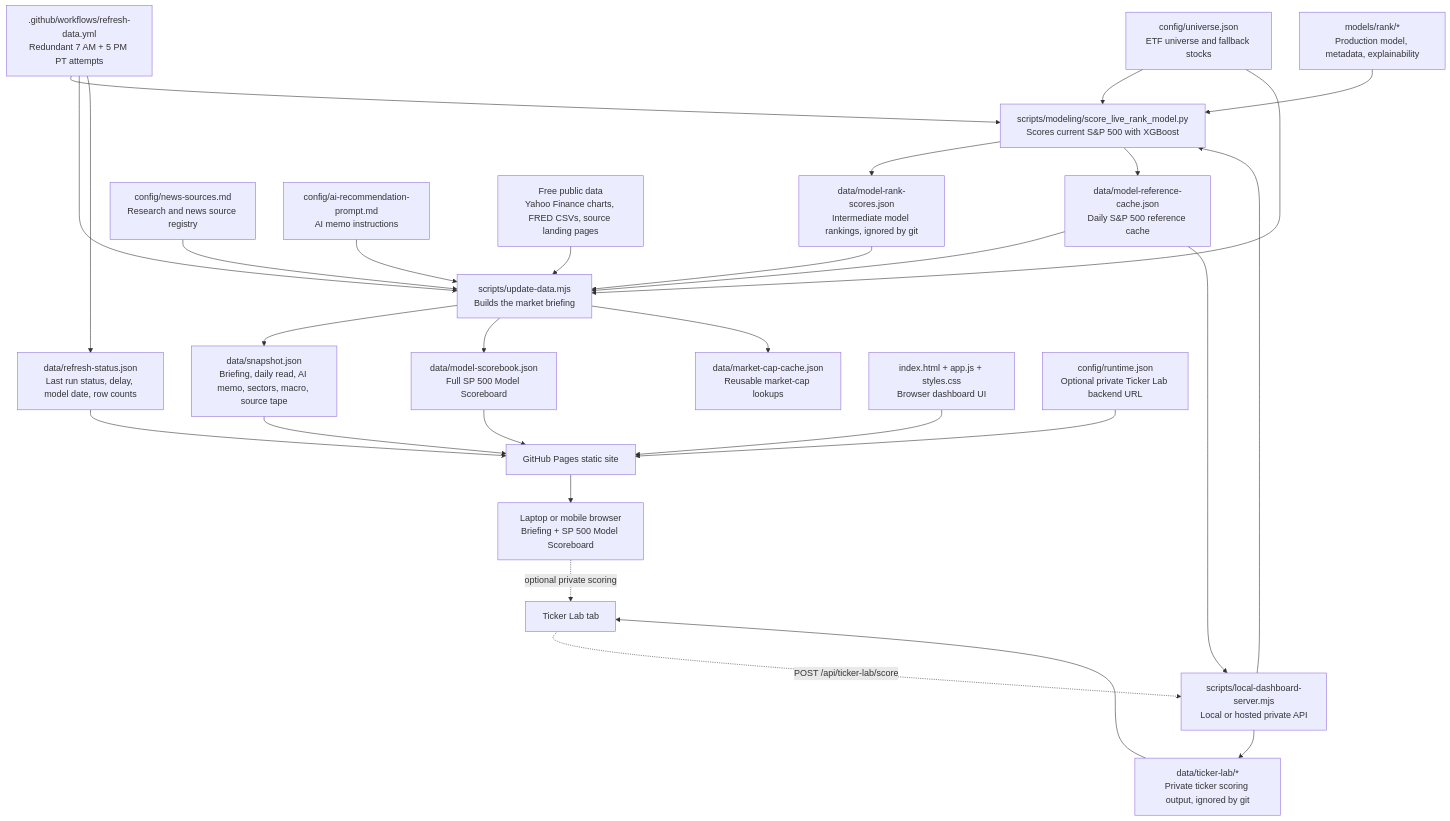
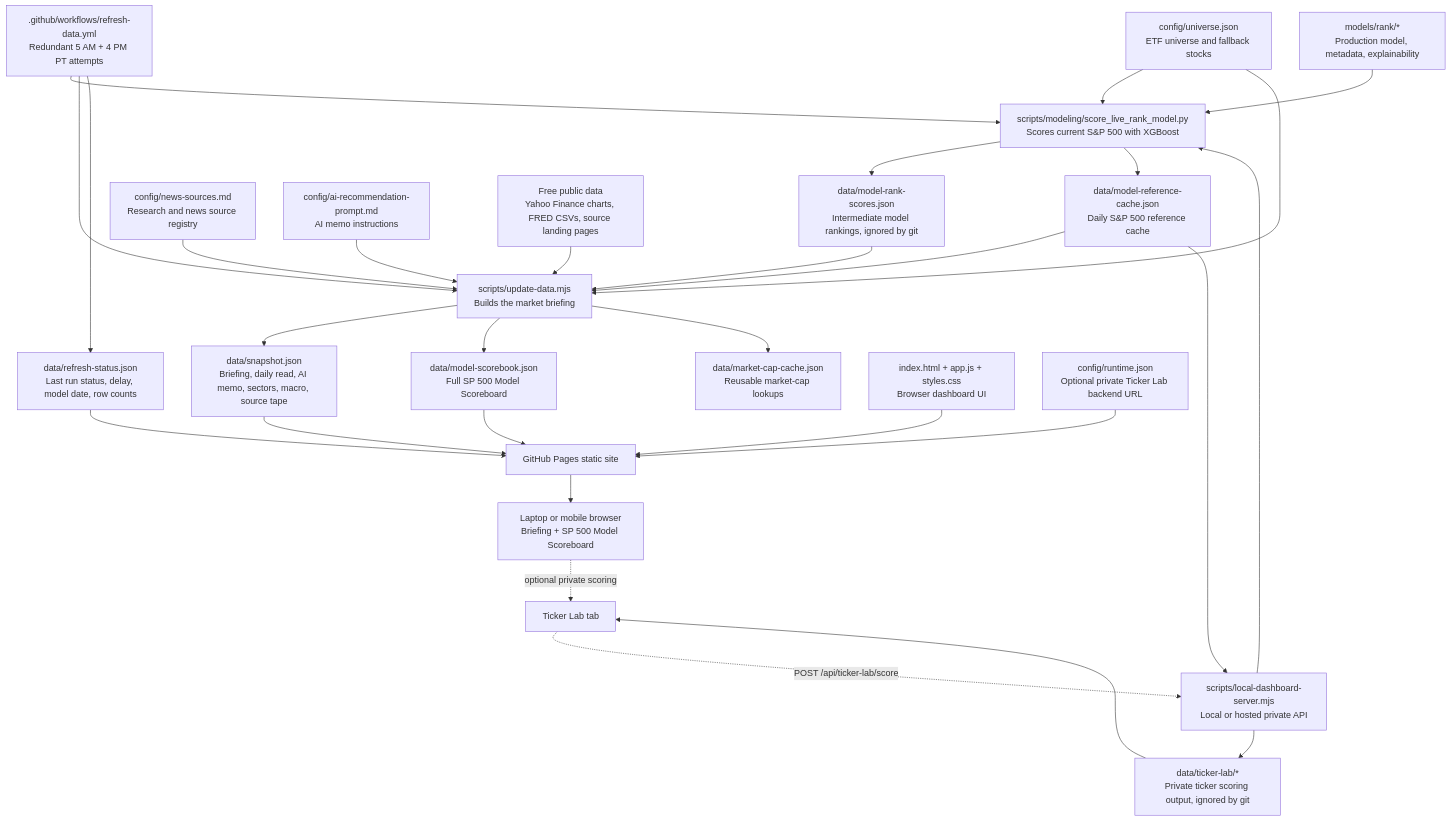
Before and after one commit to jhmona12/market-pulse: the diagram in README.md, drawn with Mermaid. The commit also changed other lines of this file and 1 other file, not shown here.

Commit message:
Update refresh schedule to 5 AM and 4 PM PT

````diff
--- a/README.md
+++ b/README.md
@@ -9,36 +9,36 @@
 ```mermaid
 flowchart TD
-  schedule[".github/workflows/refresh-data.yml<br/>Redundant 7 AM + 5 PM PT attempts"] --> scorer["scripts/modeling/score_live_rank_model.py<br/>Scores current S&P 500 with XGBoost"]
+  schedule[".github/workflows/refresh-data.yml<br/>Redundant 5 AM + 4 PM PT attempts"] --> scorer["scripts/modeling/score_live_rank_model.py<br/>Scores current S&P 500 with XGBoost"]
 
   modelFiles["models/rank/*<br/>Production model, metadata, explainability"] --> scorer
   universe["config/universe.json<br/>ETF universe and fallback stocks"] --> scorer
   scorer --> modelScores["data/model-rank-scores.json<br/>Intermediate model rankings, ignored by git"]
   scorer --> referenceCache["data/model-reference-cache.json<br/>Daily S&P 500 reference cache"]
 
   schedule --> refresh["scripts/update-data.mjs<br/>Builds the market briefing"]
   newsSources["config/news-sources.md<br/>Research and news source registry"] --> refresh
   aiPrompt["config/ai-recommendation-prompt.md<br/>AI memo instructions"] --> refresh
   universe --> refresh
   modelScores --> refresh
   referenceCache --> refresh
   freeData["Free public data<br/>Yahoo Finance charts, FRED CSVs, source landing pages"] --> refresh
 
   refresh --> snapshot["data/snapshot.json<br/>Briefing, daily read, AI memo, sectors, macro, source tape"]
   refresh --> scorebook["data/model-scorebook.json<br/>Full SP 500 Model Scoreboard"]
   refresh --> marketCaps["data/market-cap-cache.json<br/>Reusable market-cap lookups"]
   schedule --> refreshStatus["data/refresh-status.json<br/>Last run status, delay, model date, row counts"]
 
   snapshot --> pages["GitHub Pages static site"]
   scorebook --> pages
   refreshStatus --> pages
   appFiles["index.html + app.js + styles.css<br/>Browser dashboard UI"] --> pages
   runtime["config/runtime.json<br/>Optional private Ticker Lab backend URL"] --> pages
   pages --> browser["Laptop or mobile browser<br/>Briefing + SP 500 Model Scoreboard"]
 
   browser -. optional private scoring .-> tickerUi["Ticker Lab tab"]
   tickerUi -. POST /api/ticker-lab/score .-> backend["scripts/local-dashboard-server.mjs<br/>Local or hosted private API"]
   backend --> scorer
   referenceCache --> backend
   backend --> tickerOutput["data/ticker-lab/*<br/>Private ticker scoring output, ignored by git"]
   tickerOutput --> tickerUi
 ```
````
